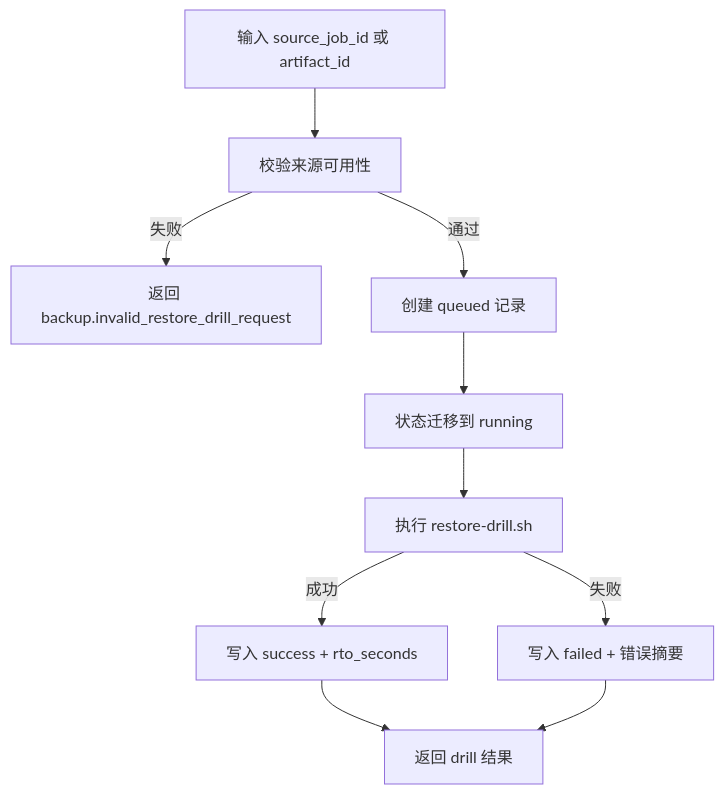
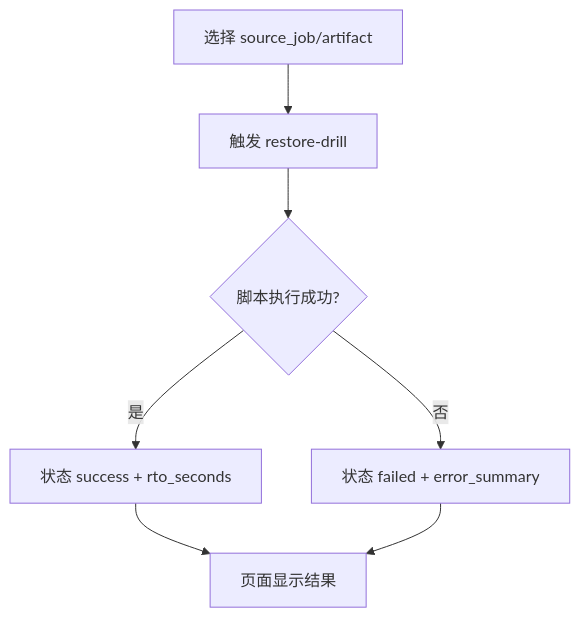
Before and after one commit to ArtisanCloud/PowerX: the second of 3 diagrams in docs/guides/deploy/027-monitor-center/usecase-us3-restore-drill.md, drawn with Mermaid. The commit also changed other lines of this file and 32 other files, not shown here.

````diff
--- a/docs/guides/deploy/027-monitor-center/usecase-us3-restore-drill.md
+++ b/docs/guides/deploy/027-monitor-center/usecase-us3-restore-drill.md
@@ -22,12 +33,9 @@
 ```mermaid
 flowchart TD
-  A[输入 source_job_id 或 artifact_id] --> B[校验来源可用性]
-  B -->|失败| E[返回 backup.invalid_restore_drill_request]
-  B -->|通过| C[创建 queued 记录]
-  C --> D[状态迁移到 running]
-  D --> F[执行 restore-drill.sh]
-  F -->|成功| G[写入 success + rto_seconds]
-  F -->|失败| H[写入 failed + 错误摘要]
-  G --> I[返回 drill 结果]
-  H --> I
+  A[选择 source_job/artifact] --> B[触发 restore-drill]
+  B --> C{脚本执行成功?}
+  C -->|是| D[状态 success + rto_seconds]
+  C -->|否| E[状态 failed + error_summary]
+  D --> F[页面显示结果]
+  E --> F
 ```
````
